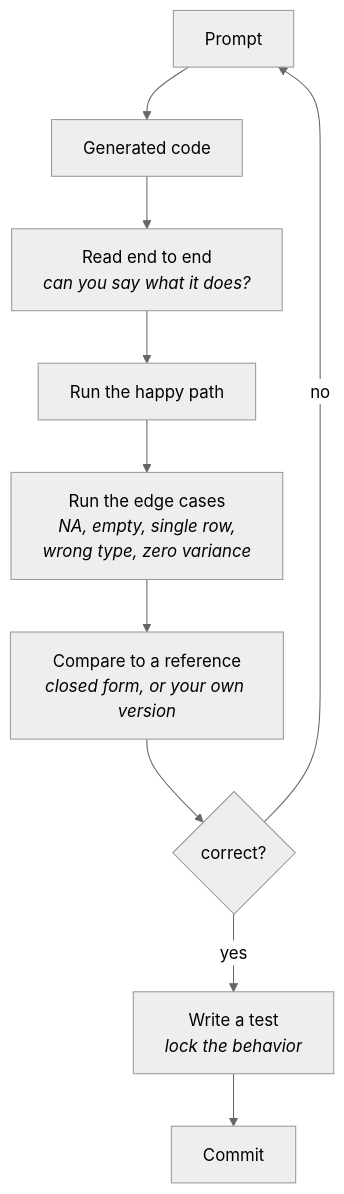
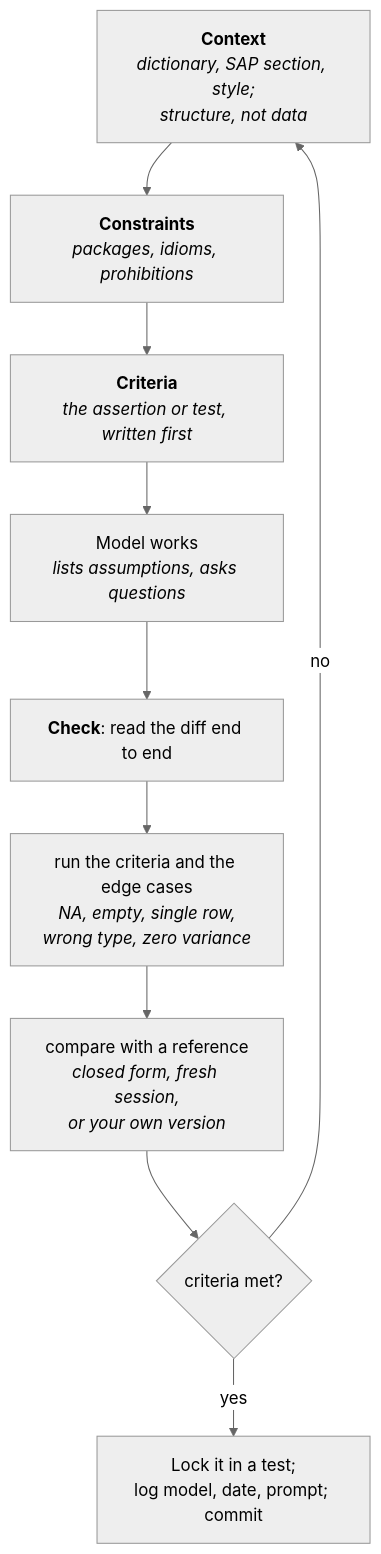
Before and after one commit to rgt47/practicum: the diagram in analysis/report/21-ai-coding.qmd, drawn with Mermaid (neutral theme). The commit also changed other lines of this file and 95 other files, not shown here.

````diff
--- a/analysis/report/21-ai-coding.qmd
+++ b/analysis/report/21-ai-coding.qmd
@@ -389,25 +141,29 @@
 ```{mermaid}
 %%| echo: false
 %%| label: fig-verify-loop
-%%| fig-alt: "Verification loop. A prompt yields generated code,
-%%|   which is read end to end, run on the happy path, run on edge
-%%|   cases including NA, empty input, a single row, wrong types and
-%%|   zero variance, then compared against a reference such as a
-%%|   closed form or your own version. A decision node asks whether
-%%|   it is correct: no returns to the prompt, yes proceeds to
-%%|   writing a test that locks the behavior, then committing."
-%%| fig-cap: "The verify-first loop. Plausibility is what the model
+%%| fig-alt: "The four Cs as a loop. Context, then constraints, then
+%%|   criteria are written before the model works. The model lists
+%%|   its assumptions and writes code. The check then has three
+%%|   steps: read the diff end to end; run the criteria and the edge
+%%|   cases, including NA, empty input, a single row, a wrong type
+%%|   and zero variance; and compare with a reference such as a
+%%|   closed form, a fresh session, or your own version. A decision
+%%|   node asks whether the criteria are met: no returns to context,
+%%|   yes proceeds to locking the behavior in a test, logging the
+%%|   model, date, and prompt, and committing."
+%%| fig-cap: "The four Cs as a loop. Plausibility is what the model
 %%|   optimizes for and is not what you are checking. Every arrow
-%%|   back to the prompt is a case the model got wrong in a way that
+%%|   back to context is a case the model got wrong in a way that
 %%|   running the happy path alone would not have revealed."
 flowchart TD
-  P["Prompt"] --> C["Generated code"]
-  C --> R["Read end to end<br/><i>can you say what it does?</i>"]
-  R --> H["Run the happy path"]
-  H --> E["Run the edge cases<br/><i>NA, empty, single row,<br/>wrong type, zero variance</i>"]
-  E --> B["Compare to a reference<br/><i>closed form, or your own version</i>"]
-  B --> G{"correct?"}
-  G -->|"no"| P
-  G -->|"yes"| T["Write a test<br/><i>lock the behavior</i>"]
-  T --> M["Commit"]
+  C1["<b>Context</b><br/><i>dictionary, SAP section, style;<br/>structure, not data</i>"]
+  C1 --> C2["<b>Constraints</b><br/><i>packages, idioms, prohibitions</i>"]
+  C2 --> C3["<b>Criteria</b><br/><i>the assertion or test, written first</i>"]
+  C3 --> W["Model works<br/><i>lists assumptions, asks questions</i>"]
+  W --> K1["<b>Check</b>: read the diff end to end"]
+  K1 --> K2["run the criteria and the edge cases<br/><i>NA, empty, single row,<br/>wrong type, zero variance</i>"]
+  K2 --> K3["compare with a reference<br/><i>closed form, fresh session,<br/>or your own version</i>"]
+  K3 --> G{"criteria met?"}
+  G -->|"no"| C1
+  G -->|"yes"| T["Lock it in a test;<br/>log model, date, prompt; commit"]
 ```
````
